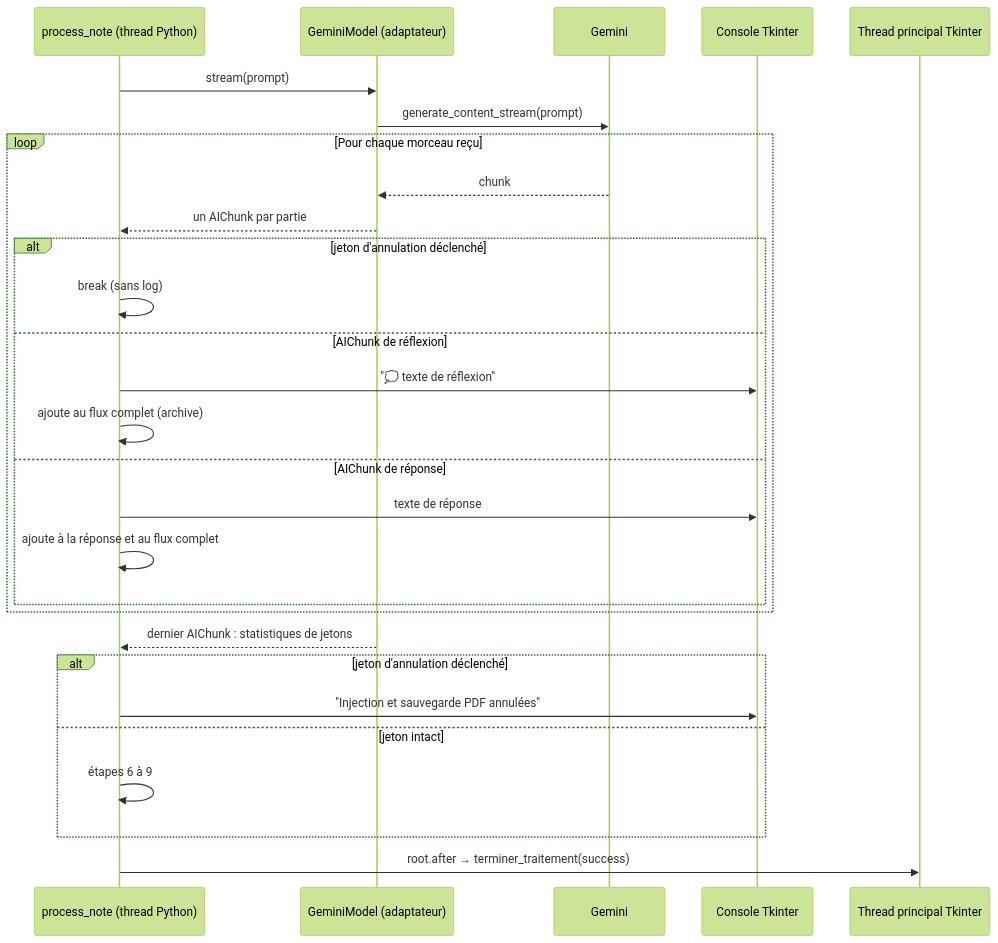
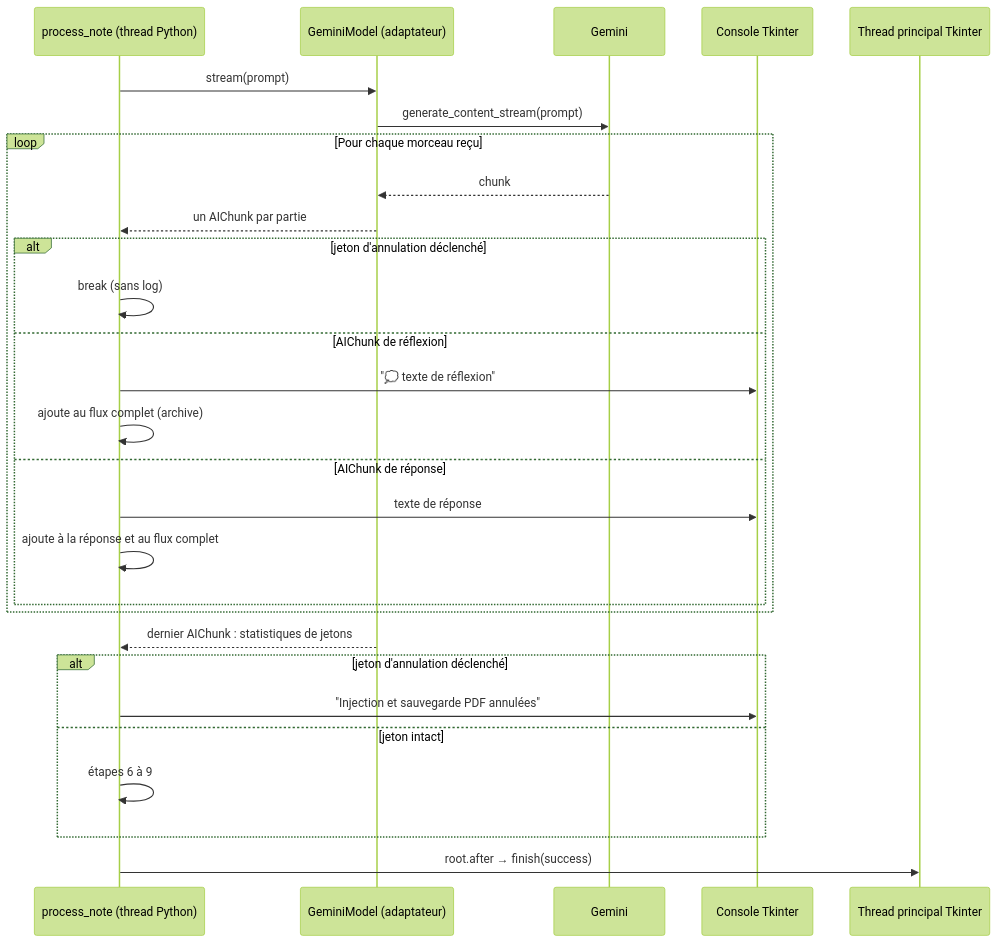
The fourth of 8 diagrams in doc/WORKFLOW_GEMINI.md (lecinquiemejour-code/PromptoDYS_app), drawn with Mermaid (forest theme) before and after one commit. The commit also changed other lines of this file and 6 other files, not shown here.

````diff
--- a/doc/WORKFLOW_GEMINI.md
+++ b/doc/WORKFLOW_GEMINI.md
@@ -158,31 +158,31 @@
 ```mermaid
 sequenceDiagram
     participant TK as process_note (thread Python)
     participant AD as GeminiModel (adaptateur)
     participant G as Gemini
     participant GUI as Console Tkinter
     participant MAIN as Thread principal Tkinter
 
     TK->>AD: stream(prompt)
     AD->>G: generate_content_stream(prompt)
     loop Pour chaque morceau reçu
         G-->>AD: chunk
         AD-->>TK: un AIChunk par partie
         alt jeton d'annulation déclenché
             TK->>TK: break (sans log)
         else AIChunk de réflexion
             TK->>GUI: "💭 texte de réflexion"
             TK->>TK: ajoute au flux complet (archive)
         else AIChunk de réponse
             TK->>GUI: texte de réponse
             TK->>TK: ajoute à la réponse et au flux complet
         end
     end
     AD-->>TK: dernier AIChunk : statistiques de jetons
     alt jeton d'annulation déclenché
         TK->>GUI: "Injection et sauvegarde PDF annulées"
     else jeton intact
         TK->>TK: étapes 6 à 9
     end
-    TK->>MAIN: root.after → terminer_traitement(success)
+    TK->>MAIN: root.after → finish(success)
 ```
````
